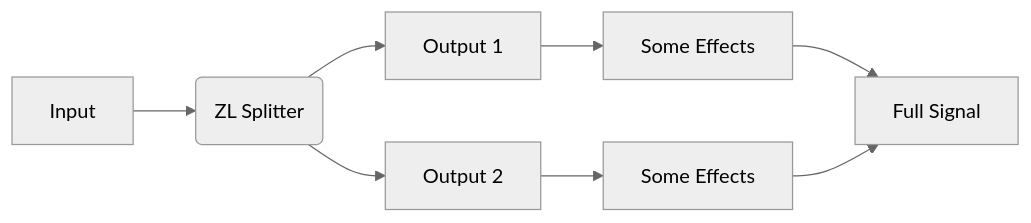
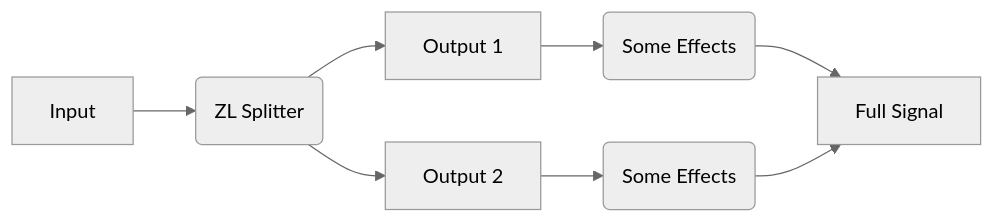
Before and after one commit to ZL-Audio/zl-audio.github.io: the first of 2 diagrams in content/en/plugins/zlsplitter/_index.md, drawn with Mermaid (neutral theme). The commit also changed other lines of this file and 1 other file, not shown here.

````diff
--- a/content/en/plugins/zlsplitter/_index.md
+++ b/content/en/plugins/zlsplitter/_index.md
@@ -21,6 +22,6 @@
 ```mermaid
 flowchart LR
     A[Input] -->B(ZL Splitter)
-    B --> C[Output 1] --> C1[Some Effects] --> E[Full Signal]
-    B --> D[Output 2] --> D1[Some Effects] --> E
+    B --> C[Output 1] --> C1(Some Effects) --> E[Full Signal]
+    B --> D[Output 2] --> D1(Some Effects) --> E
 ```
````
